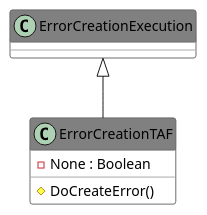
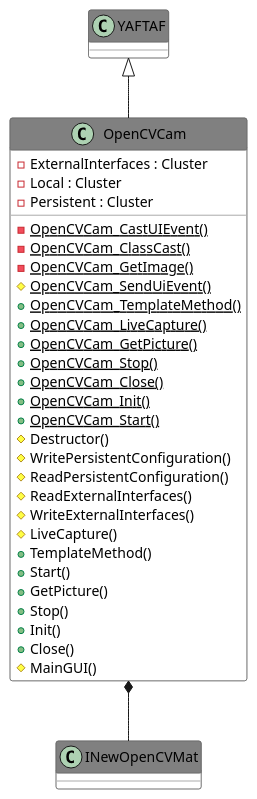
Before and after one commit to PatriekBruins/TriekselsoftApplicationFramework: the diagram in Source/Antidoc-Output/Includes/046.adoc, drawn with PlantUML. The commit also changed other lines of this file and 692 other files, not shown here.

```diff
--- a/Source/Antidoc-Output/Includes/046.adoc
+++ b/Source/Antidoc-Output/Includes/046.adoc
@@ -8,21 +8,47 @@
 [plantuml, format="svg", align="center"]
 ....
 @startuml
 set namespaceSeparator :
 skinparam ClassBackgroundColor #FFFFFF
 skinparam ClassBorderColor #555555
 skinparam ClassFontColor #000000
 skinparam ClassHeaderBackgroundColor #808080
 
 skinparam top to bottom direction
-class "ErrorCreationTAF" {
-{field} -None : Boolean
-{method} #DoCreateError()
+class "OpenCVCam" {
+{field} -ExternalInterfaces : Cluster
+{field} -Local : Cluster
+{field} -Persistent : Cluster
+{static} {method} -OpenCVCam_CastUIEvent()
+{static} {method} -OpenCVCam_ClassCast()
+{static} {method} -OpenCVCam_GetImage()
+{static} {method} #OpenCVCam_SendUiEvent()
+{static} {method} +OpenCVCam_TemplateMethod()
+{static} {method} +OpenCVCam_LiveCapture()
+{static} {method} +OpenCVCam_GetPicture()
+{static} {method} +OpenCVCam_Stop()
+{static} {method} +OpenCVCam_Close()
+{static} {method} +OpenCVCam_Init()
+{static} {method} +OpenCVCam_Start()
+{method} #Destructor()
+{method} #WritePersistentConfiguration()
+{method} #ReadPersistentConfiguration()
+{method} #ReadExternalInterfaces()
+{method} #WriteExternalInterfaces()
+{method} #LiveCapture()
+{method} +TemplateMethod()
+{method} +Start()
+{method} +GetPicture()
+{method} +Stop()
+{method} +Init()
+{method} +Close()
+{method} #MainGUI()
 
 }
-"ErrorCreationExecution" <|-- "ErrorCreationTAF"
+"YAFTAF" <|-- "OpenCVCam"
+"OpenCVCam" *-- "INewOpenCVMat"
 
 
 
 @enduml
 ....
```
